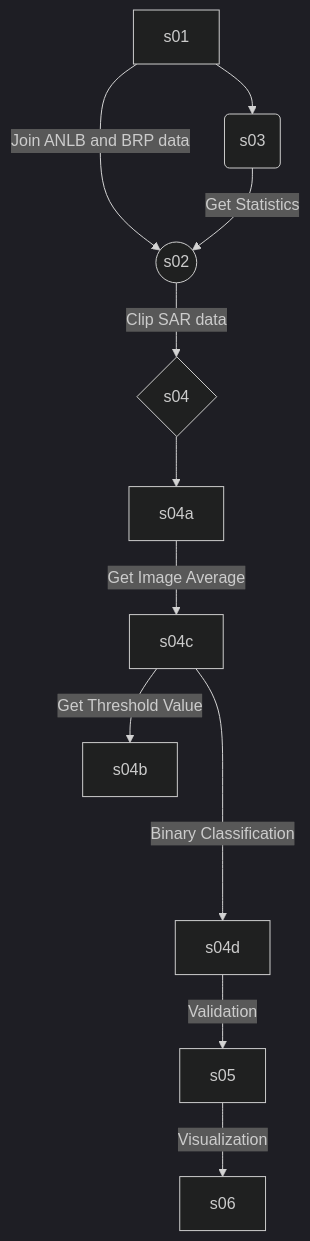
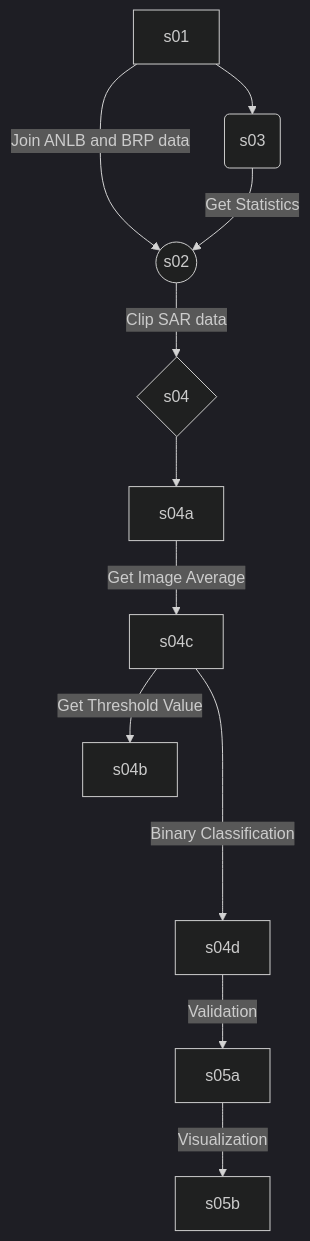
The diagram in README.md (geoJoost/grassland-puddle-detection), drawn with Mermaid (dark theme) before and after one commit.

Commit message:
Update README.md
Modified diagram with step 5a 5b

````diff
--- a/README.md
+++ b/README.md
@@ -11,11 +11,11 @@
 ```mermaid
 graph TB
 A[s01] -- Join ANLB and BRP data --> B((s02))
 A --> C(s03)
 C -- Get Statistics --> B
 B -- Clip SAR data --> D{s04}
 D --> E[s04a] -- Get Image Average --> F[s04c] -- Get Threshold Value --> G[s04b];
 F -- Binary Classification ----> H[s04d]
-H -- Validation --> I[s05]
-I -- Visualization --> J[s06]
+H -- Validation --> I[s05a]
+I -- Visualization --> J[s05b]
 ```
````
